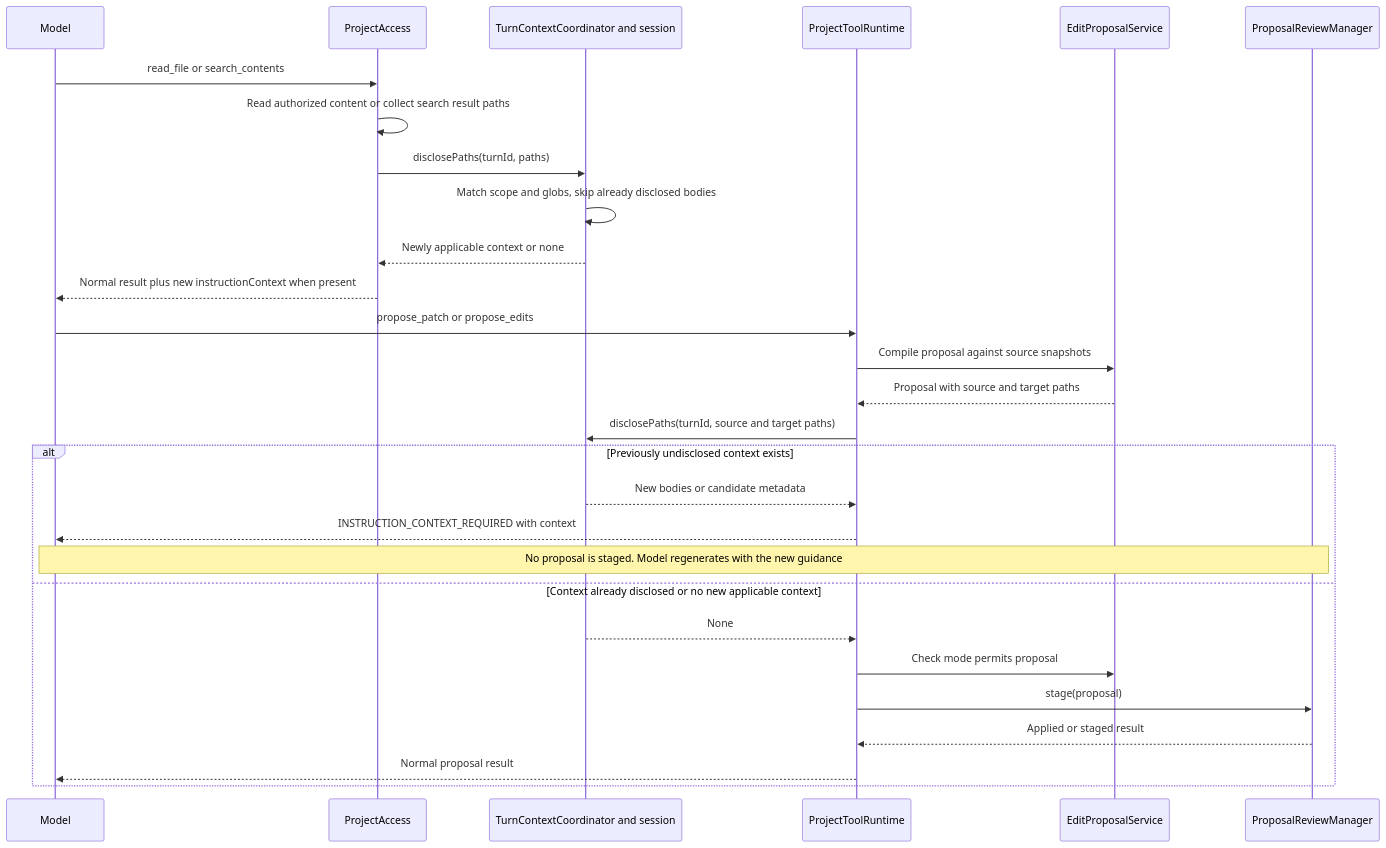
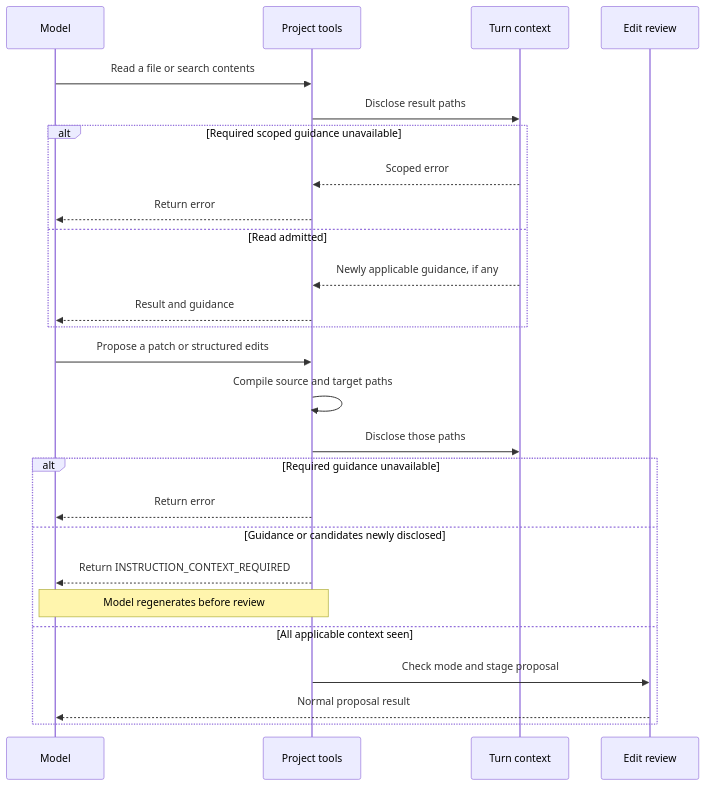
One commit to danceroutine/Glyph changed the third of 10 diagrams in docs/AGENT_INSTRUCTIONS.md. Above: the diagram before and after it, drawn with Mermaid. The commit also changed other lines of this file and 332 other files, not shown here.

````diff
--- a/docs/AGENT_INSTRUCTIONS.md
+++ b/docs/AGENT_INSTRUCTIONS.md
@@ -133,31 +134,29 @@
 ```mermaid
 sequenceDiagram
     participant Model
-    participant Access as ProjectAccess
-    participant Session as TurnContextCoordinator and session
-    participant Tools as ProjectToolRuntime
-    participant Proposals as EditProposalService
-    participant Review as ProposalReviewManager
+    participant Project as Project tools
+    participant Turn as Turn context
+    participant Review as Edit review
 
-    Model->>Access: read_file or search_contents
-    Access->>Access: Read authorized content or collect search result paths
-    Access->>Session: disclosePaths(turnId, paths)
-    Session->>Session: Match scope and globs, skip already disclosed bodies
-    Session-->>Access: Newly applicable context or none
-    Access-->>Model: Normal result plus new instructionContext when present
-    Model->>Tools: propose_patch or propose_edits
-    Tools->>Proposals: Compile proposal against source snapshots
-    Proposals-->>Tools: Proposal with source and target paths
-    Tools->>Session: disclosePaths(turnId, source and target paths)
-    alt Previously undisclosed context exists
-        Session-->>Tools: New bodies or candidate metadata
-        Tools-->>Model: INSTRUCTION_CONTEXT_REQUIRED with context
-        Note over Model,Review: No proposal is staged. Model regenerates with the new guidance
-    else Context already disclosed or no new applicable context
-        Session-->>Tools: None
-        Tools->>Proposals: Check mode permits proposal
-        Tools->>Review: stage(proposal)
-        Review-->>Tools: Applied or staged result
-        Tools-->>Model: Normal proposal result
+    Model->>Project: Read a file or search contents
+    Project->>Turn: Disclose result paths
+    alt Required scoped guidance unavailable
+        Turn-->>Project: Scoped error
+        Project-->>Model: Return error
+    else Read admitted
+        Turn-->>Project: Newly applicable guidance, if any
+        Project-->>Model: Result and guidance
+    end
+    Model->>Project: Propose a patch or structured edits
+    Project->>Project: Compile source and target paths
+    Project->>Turn: Disclose those paths
+    alt Required guidance unavailable
+        Project-->>Model: Return error
+    else Guidance or candidates newly disclosed
+        Project-->>Model: Return INSTRUCTION_CONTEXT_REQUIRED
+        Note over Model,Project: Model regenerates before review
+    else All applicable context seen
+        Project->>Review: Check mode and stage proposal
+        Review-->>Model: Normal proposal result
     end
 ```
````
